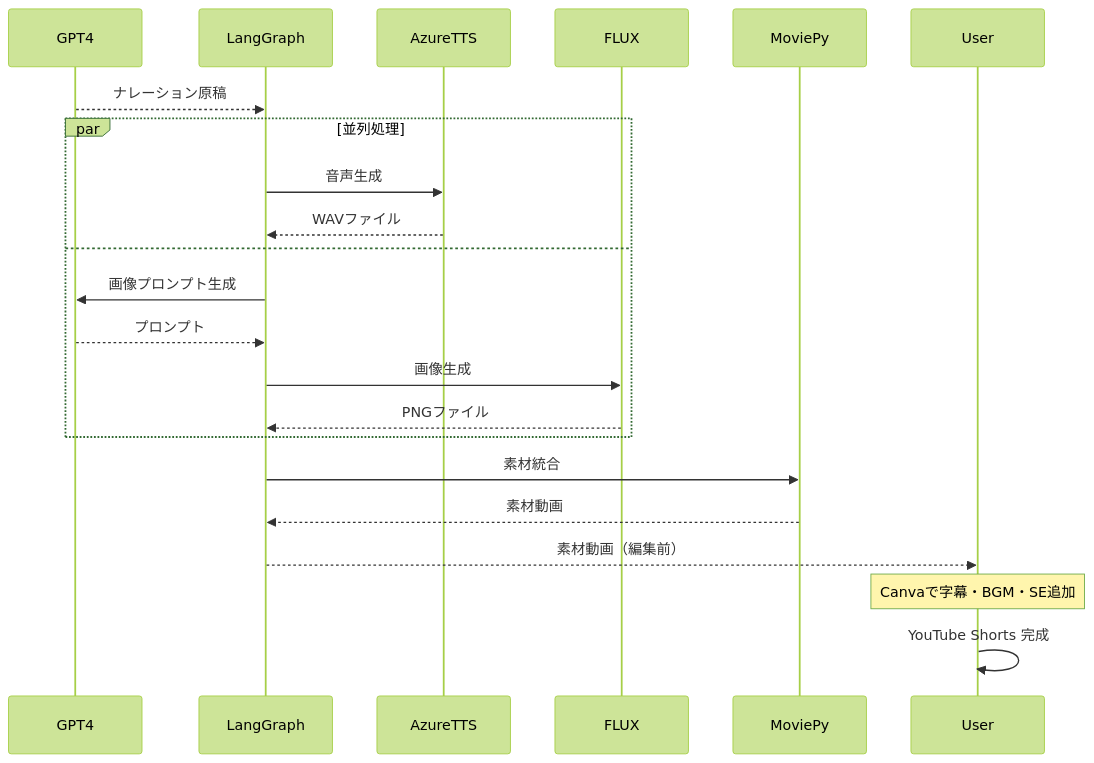
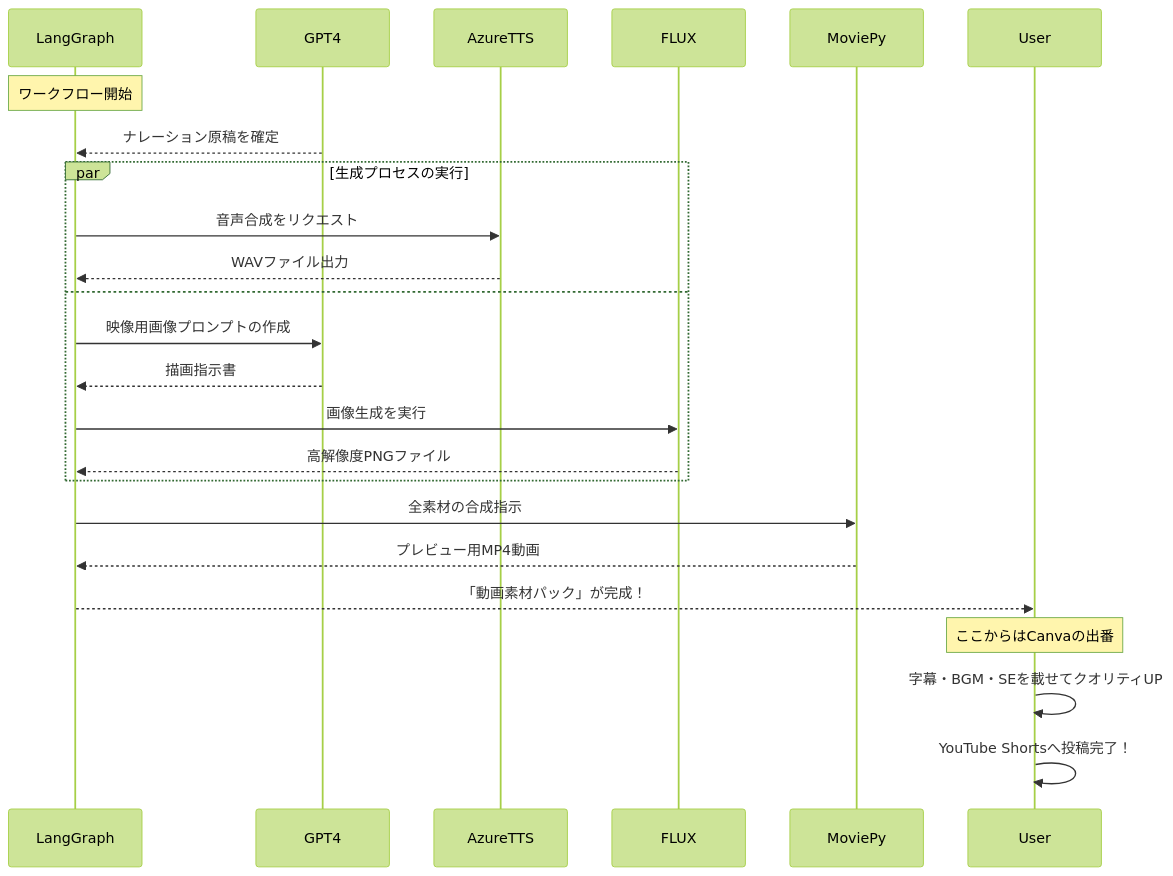
The third of 3 diagrams in article.md (Ken-kichi/news-article), drawn with Mermaid (forest theme) before and after one commit. The commit also changed other lines of this file and 3 other files, not shown here.

````diff
--- a/article.md
+++ b/article.md
@@ -137,21 +154,24 @@
 ```mermaid
 sequenceDiagram
-    GPT4-->>LangGraph: ナレーション原稿
+    Note over LangGraph: ワークフロー開始
+    GPT4-->>LangGraph: ナレーション原稿を確定
 
-    par 並列処理
-        LangGraph->>AzureTTS: 音声生成
-        AzureTTS-->>LangGraph: WAVファイル
+    par 生成プロセスの実行
+        LangGraph->>AzureTTS: 音声合成をリクエスト
+        AzureTTS-->>LangGraph: WAVファイル出力
     and
-        LangGraph->>GPT4: 画像プロンプト生成
-        GPT4-->>LangGraph: プロンプト
-        LangGraph->>FLUX: 画像生成
-        FLUX-->>LangGraph: PNGファイル
+        LangGraph->>GPT4: 映像用画像プロンプトの作成
+        GPT4-->>LangGraph: 描画指示書
+        LangGraph->>FLUX: 画像生成を実行
+        FLUX-->>LangGraph: 高解像度PNGファイル
     end
 
-    LangGraph->>MoviePy: 素材統合
-    MoviePy-->>LangGraph: 素材動画
-    LangGraph-->>User: 素材動画（編集前）
+    LangGraph->>MoviePy: 全素材の合成指示
+    MoviePy-->>LangGraph: プレビュー用MP4動画
+    LangGraph-->>User: 「動画素材パック」が完成！
 
-    Note over User: Canvaで字幕・BGM・SE追加
-    User->>User: YouTube Shorts 完成
+    Note over User: ここからはCanvaの出番
+    User->>User: 字幕・BGM・SEを載せてクオリティUP
+    User->>User: YouTube Shortsへ投稿完了！
+
 ```
````
